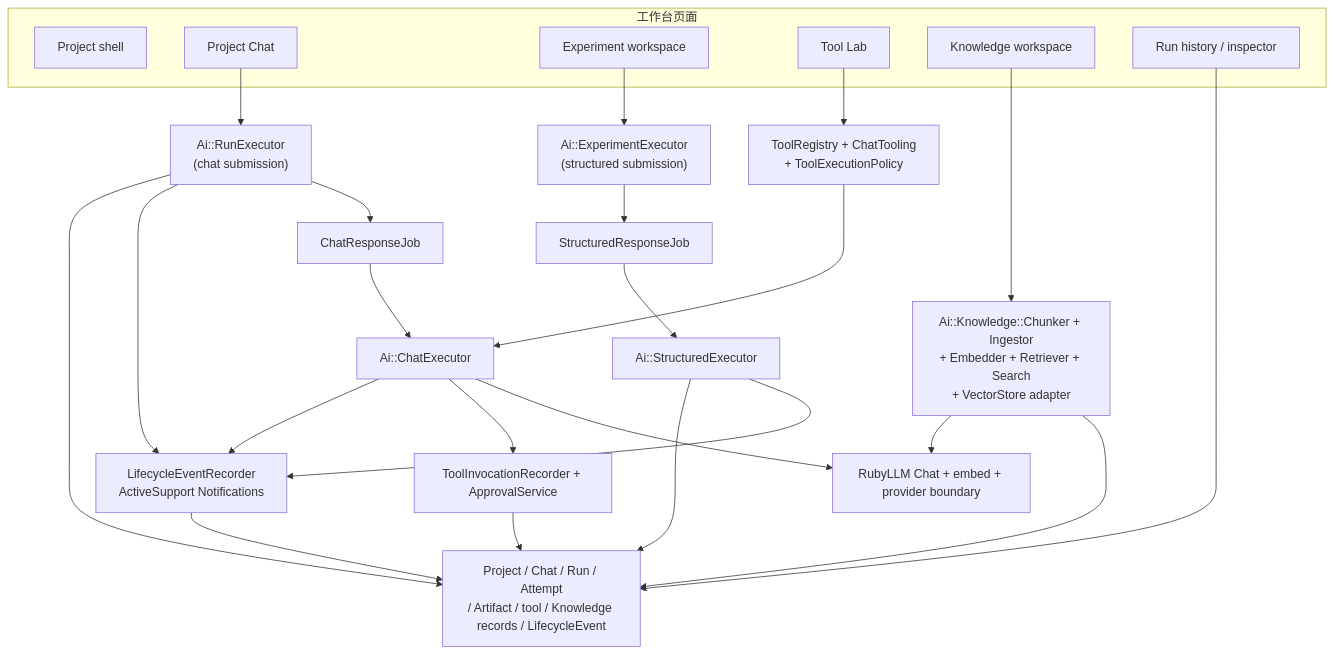
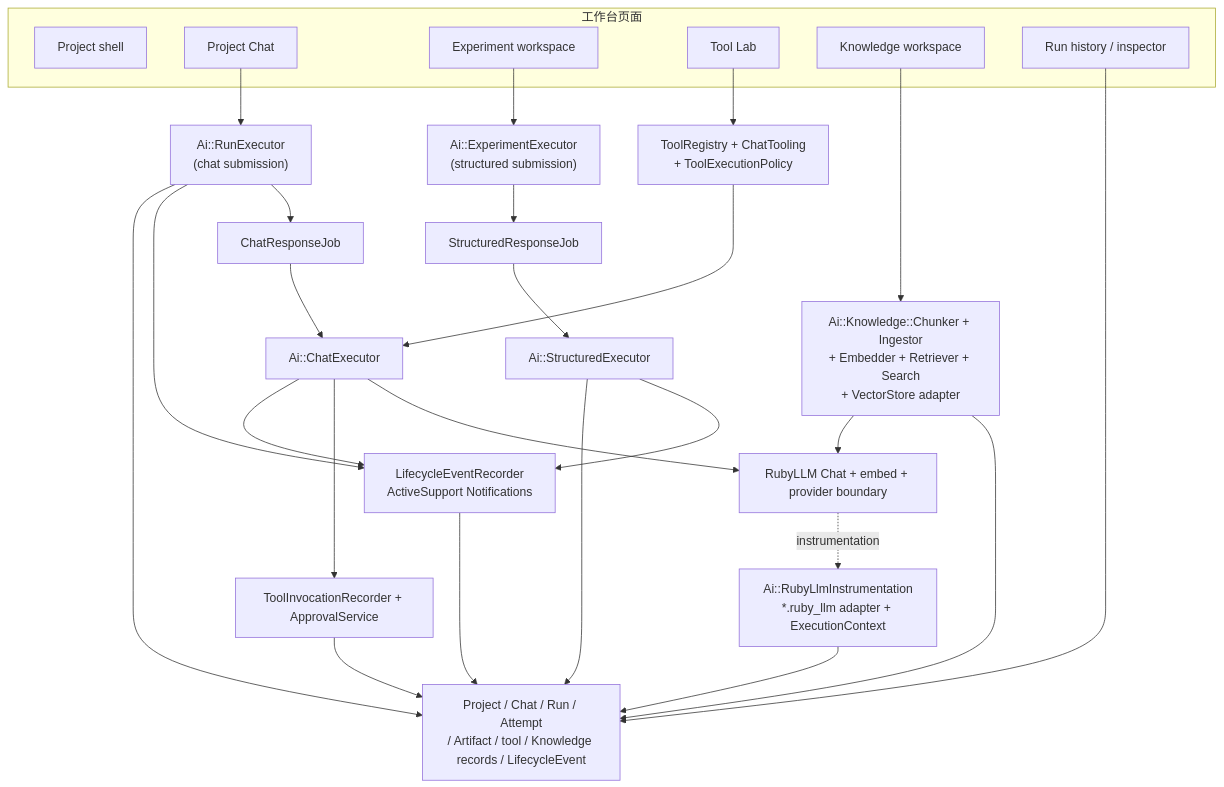
The second of 10 diagrams in docs/ARCHITECTURE.md (yorzi/rubyllm-workbench), drawn with Mermaid before and after one commit. The commit also changed other lines of this file and 22 other files, not shown here.

````diff
--- a/docs/ARCHITECTURE.md
+++ b/docs/ARCHITECTURE.md
@@ -49,46 +49,49 @@
 ```mermaid
 flowchart TD
     subgraph UI["工作台页面"]
         ProjectUI["Project shell"]
         ChatUI["Project Chat"]
         ExperimentUI["Experiment workspace"]
         ToolUI["Tool Lab"]
         KnowledgeUI["Knowledge workspace"]
         RunUI["Run history / inspector"]
     end
 
     RunExecutor["Ai::RunExecutor\n(chat submission)"]
     ExperimentExecutor["Ai::ExperimentExecutor\n(structured submission)"]
     StructuredExecutor["Ai::StructuredExecutor"]
     ChatJob["ChatResponseJob"]
     StructuredJob["StructuredResponseJob"]
     ChatExecutor["Ai::ChatExecutor"]
     Tooling["ToolRegistry + ChatTooling\n+ ToolExecutionPolicy"]
     KnowledgeServices["Ai::Knowledge::Chunker + Ingestor\n+ Embedder + Retriever + Search\n+ VectorStore adapter"]
     Audit["ToolInvocationRecorder + ApprovalService"]
     Events["LifecycleEventRecorder\nActiveSupport Notifications"]
+    ProviderEvents["Ai::RubyLlmInstrumentation\n*.ruby_llm adapter + ExecutionContext"]
     Records["Project / Chat / Run / Attempt\n/ Artifact / tool / Knowledge records / LifecycleEvent"]
     RubyLLM["RubyLLM Chat + embed + provider boundary"]
 
     ChatUI --> RunExecutor
     ExperimentUI --> ExperimentExecutor
     ToolUI --> Tooling
     KnowledgeUI --> KnowledgeServices
     RunUI --> Records
     RunExecutor --> ChatJob
     ExperimentExecutor --> StructuredJob
     StructuredJob --> StructuredExecutor
     ChatJob --> ChatExecutor
     ChatExecutor --> RubyLLM
     ChatExecutor --> Audit
     Audit --> Records
     RunExecutor --> Events
     ChatExecutor --> Events
     StructuredExecutor --> Events
     Events --> Records
+    ProviderEvents --> Records
+    RubyLLM -. "instrumentation" .-> ProviderEvents
     Tooling --> ChatExecutor
     RunExecutor --> Records
     StructuredExecutor --> Records
     KnowledgeServices --> Records
     KnowledgeServices --> RubyLLM
 ```
````
